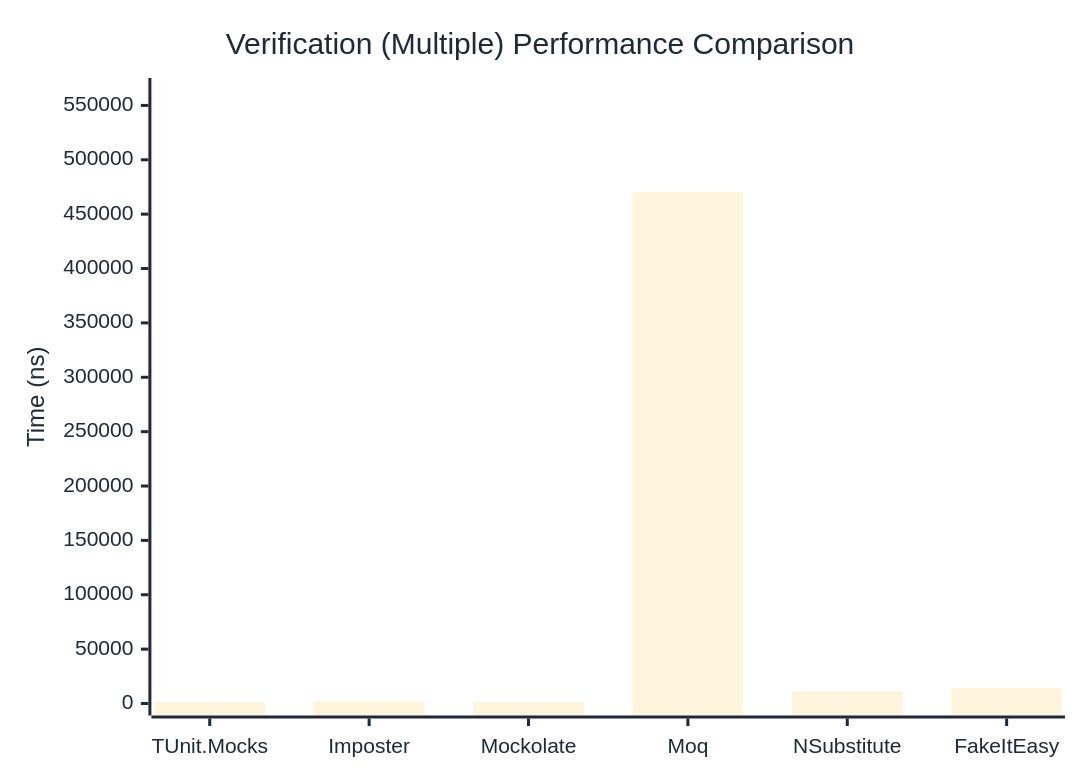
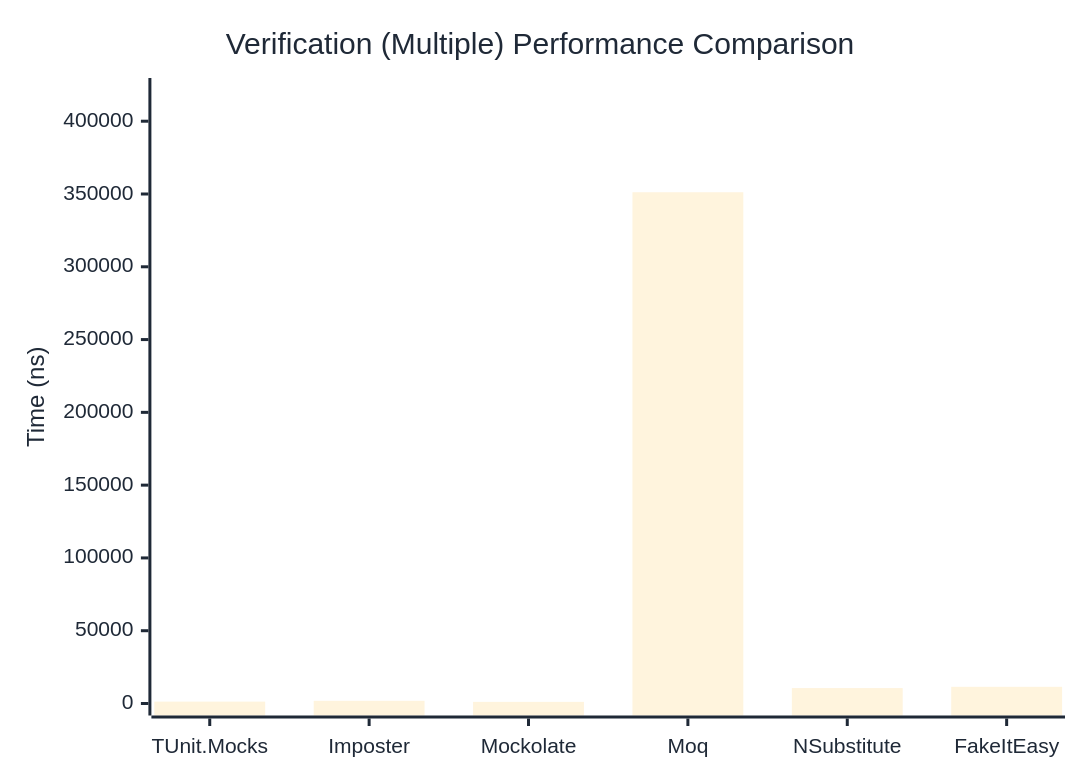
Before and after one commit to thomhurst/TUnit: the third of 3 diagrams in docs/docs/benchmarks/mocks/Verification.md, drawn with Mermaid. The commit also changed other lines of this file and 14 other files, not shown here.

````diff
--- a/docs/docs/benchmarks/mocks/Verification.md
+++ b/docs/docs/benchmarks/mocks/Verification.md
@@ -110,27 +110,27 @@
 ```mermaid
 %%{init: {
   'theme':'base',
   'themeVariables': {
     'primaryColor': '#2563eb',
     'primaryTextColor': '#1f2937',
     'primaryBorderColor': '#1e40af',
     'lineColor': '#6b7280',
     'secondaryColor': '#7c3aed',
     'tertiaryColor': '#dc2626',
     'background': '#ffffff',
     'pie1': '#2563eb',
     'pie2': '#7c3aed',
     'pie3': '#dc2626',
     'pie4': '#f59e0b',
     'pie5': '#10b981',
     'pie6': '#06b6d4',
     'pie7': '#ec4899',
     'pie8': '#6366f1'
   }
 }}%%
 xychart-beta
   title "Verification (Multiple) Performance Comparison"
   x-axis ["TUnit.Mocks", "Imposter", "Mockolate", "Moq", "NSubstitute", "FakeItEasy"]
-  y-axis "Time (ns)" 0 --> 564174
-  bar [1160.38, 1848.52, 1146.67, 470144.93, 11362.98, 14000.05]
+  y-axis "Time (ns)" 0 --> 421441
+  bar [1299.33, 1832.18, 1125, 351200.76, 10591.45, 11465.1]
 ```
````
